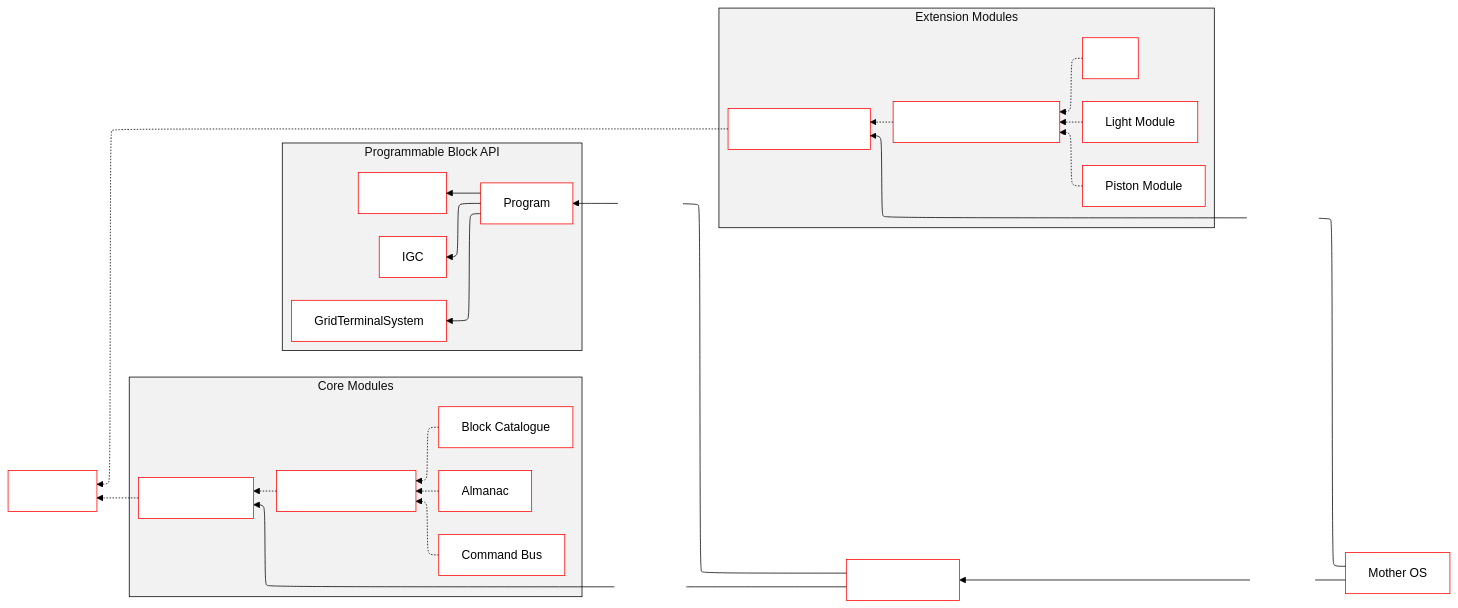
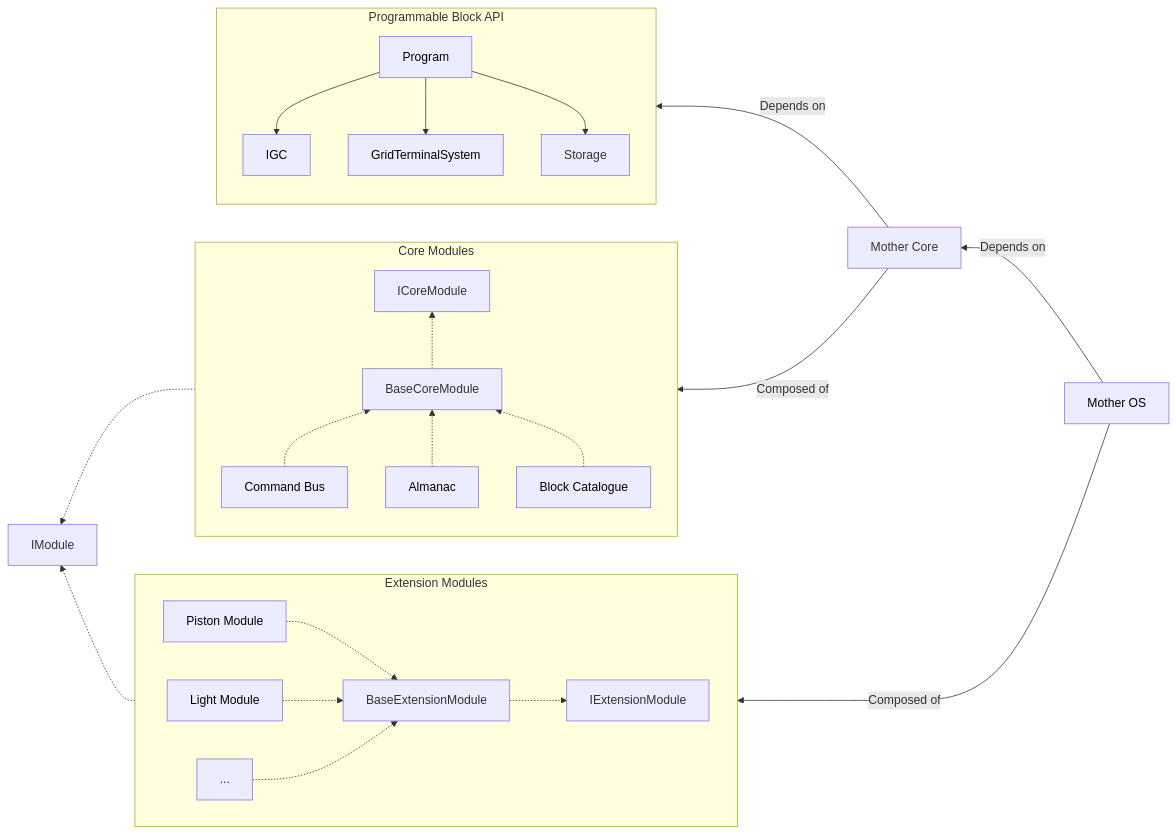
One commit to lukejamesmorrison/mother-docs changed the first of 3 diagrams in docs/Framework/Developer/GettingStarted/ArchitectureOverview.md. Above: the diagram before and after it, drawn with Mermaid. The commit also changed other lines of this file and 17 other files, not shown here.

````diff
--- a/docs/Framework/Developer/GettingStarted/ArchitectureOverview.md
+++ b/docs/Framework/Developer/GettingStarted/ArchitectureOverview.md
@@ -20,55 +20,43 @@
 ```mermaid
 %%{
   init: {
     'flowchart': {
         'defaultRenderer': 'elk'
     },
     'theme': 'base',
-    'themeVariables': {
-        'primaryColor': '#BB2528',
-        'primaryTextColor': '#fff',
-        'primaryBorderColor': '#7C0000',
-        'mainBkg': 'white',
-        'nodeBorder': 'red',
-        'lineColor': 'black',
-        'secondaryColor': 'white',
-        'secondaryBorderColor': 'black',
-        'tertiaryColor': '#F2F2F2',
-        'tertiaryBorderColor': 'black'
-    }
   }
 }%%
 graph RL
     MotherOS[<a href='/mother-docs/IngameScript/IngameScript.html' style='color: black; text-decoration: none'>Mother OS</a>]-->|Depends on| MotherCore
     MotherCore["Mother Core"] -->|Depends on| Program["Program"]
 
     MotherOS -->|Composed of| IExtensionModule["IExtensionModule"]
     MotherCore -->|Composed of| ICoreModule["ICoreModule"]
     
     ICoreModule .-> IModule["IModule"]
     IExtensionModule .-> IModule["IModule"]
 
     subgraph Core Modules
         direction BT
         BaseCoreModule .-> ICoreModule["ICoreModule"]
         CM2[<a href='/mother-docs/Framework/Developer/CoreModules/CommandBus.html' style='color: black; text-decoration: none'>Command Bus</a>] .-> BaseCoreModule
         CM3[<a href='/mother-docs/Framework/Developer/CoreModules/Almanac.html' style='color: black; text-decoration: none'>Almanac</a>] .-> BaseCoreModule
         CM4[<a href='/mother-docs/Framework/Developer/CoreModules/BlockCatalogue.html' style='color: black; text-decoration: none'>Block Catalogue</a>] .-> BaseCoreModule
     end
 
     subgraph Extension Modules
         direction LR
         BaseExtensionModule .-> IExtensionModule["IExtensionModule"]
         EM1["<a href='/mother-docs/IngameScript/Modules/Extension/PistonModule.html' style='color: black; text-decoration: none'>Piston Module</a>"] .-> BaseExtensionModule
         EM3["<a href='/mother-docs/IngameScript/Modules/Extension/LightModule.html' style='color: black; text-decoration: none'>Light Module</a>"] .-> BaseExtensionModule
         EM4["..."] .-> BaseExtensionModule
     end
 
     subgraph Programmable Block API
         direction TB
        Program[<a href='https://github.com/malware-dev/MDK-SE/wiki/Sandbox.ModAPI.Ingame.MyGridProgram' target="_blank" style='color: black; text-decoration: none'>Program</a>]
         Program --> PM1[<a href='https://github.com/malware-dev/MDK-SE/wiki/Sandbox.ModAPI.Ingame.IMyIntergridCommunicationSystem' target="_blank" style='color: black; text-decoration: none'>IGC</a>]
         Program --> PM3[<a href='https://github.com/malware-dev/MDK-SE/wiki/Sandbox.ModAPI.Ingame.IMyGridTerminalSystem' target="_blank" style='color: black; text-decoration: none'>GridTerminalSystem</a>]
         Program --> PM4["Storage"]
     end 
 ```
````
